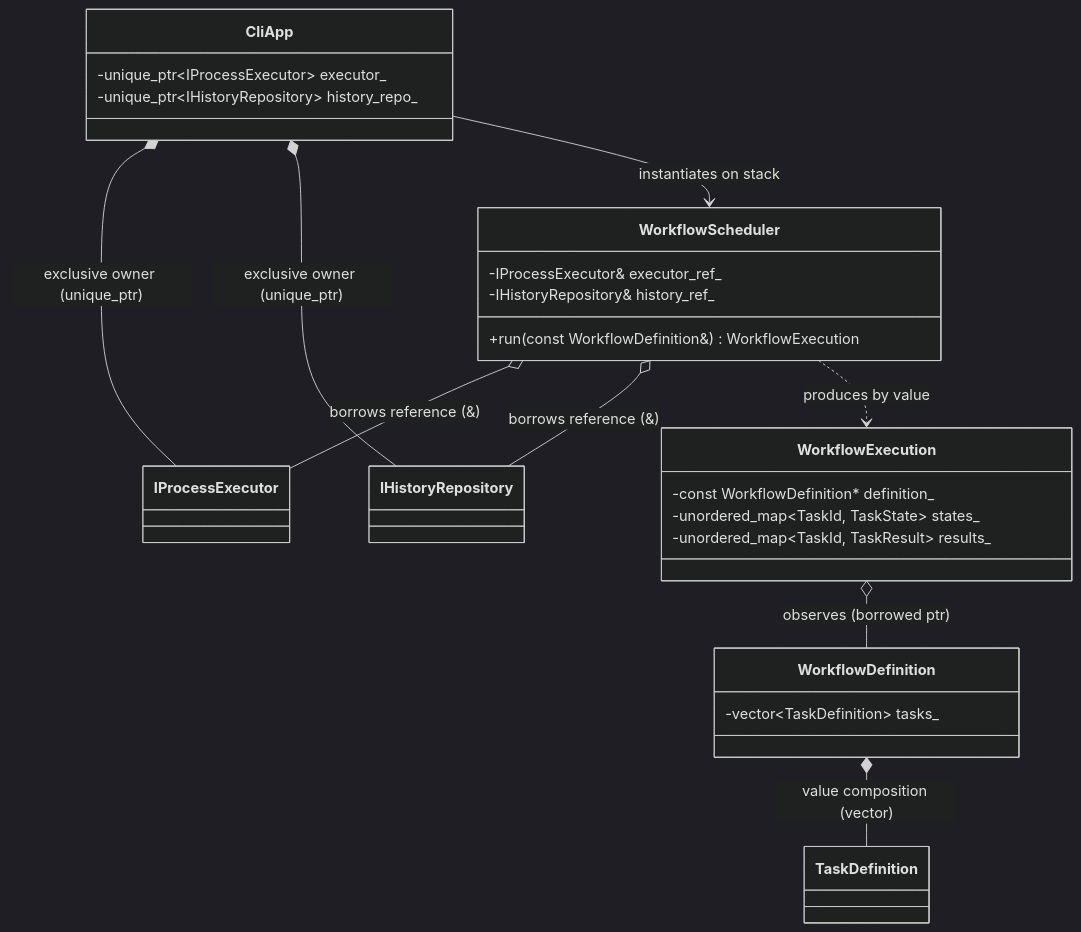
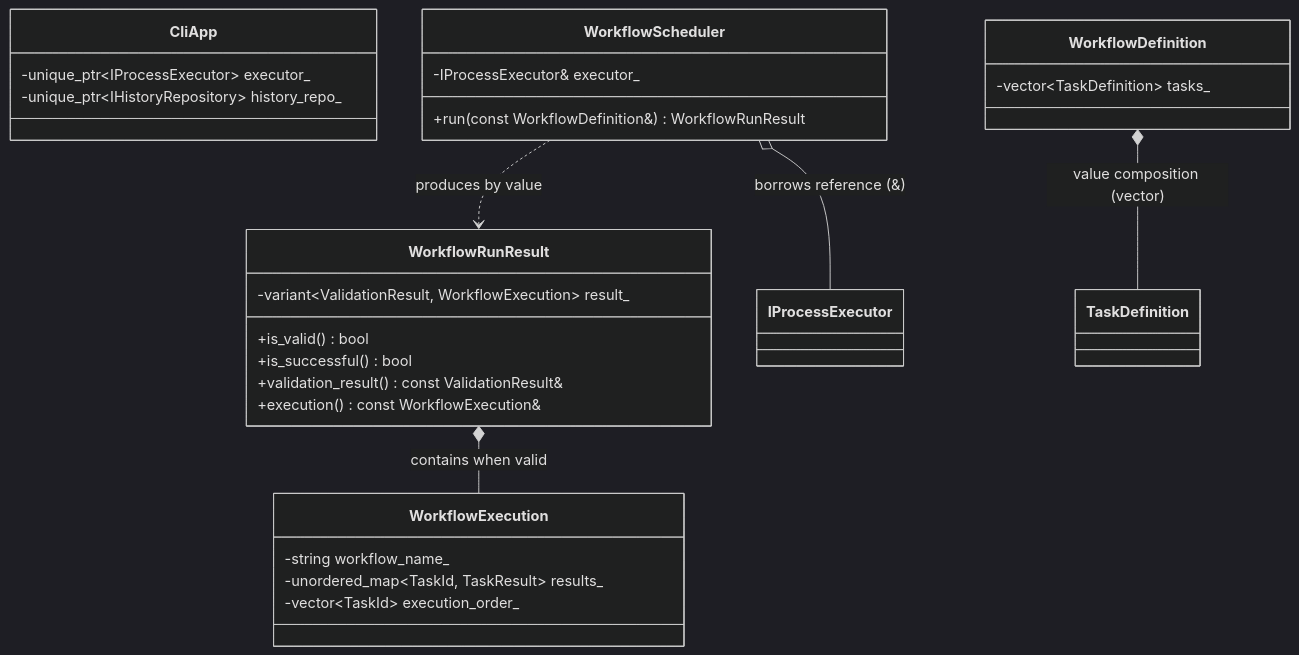
The third of 4 diagrams in docs/architecture.md (vishalpalepu/TaskForge), drawn with Mermaid (dark theme) before and after one commit. The commit also changed other lines of this file and 18 other files, not shown here.

Commit message:
feat(scheduler): implement sequential scheduling engine, process executor abstraction, and unit tests

````diff
--- a/docs/architecture.md
+++ b/docs/architecture.md
@@ -133,30 +133,32 @@
 ```mermaid
 classDiagram
     direction TB
     class CliApp {
         -unique_ptr~IProcessExecutor~ executor_
         -unique_ptr~IHistoryRepository~ history_repo_
     }
     class WorkflowScheduler {
-        -IProcessExecutor& executor_ref_
-        -IHistoryRepository& history_ref_
-        +run(const WorkflowDefinition&) WorkflowExecution
+        -IProcessExecutor& executor_
+        +run(const WorkflowDefinition&) WorkflowRunResult
+    }
+    class WorkflowRunResult {
+        -variant~ValidationResult, WorkflowExecution~ result_
+        +is_valid() bool
+        +is_successful() bool
+        +validation_result() const ValidationResult&
+        +execution() const WorkflowExecution&
     }
     class WorkflowExecution {
-        -const WorkflowDefinition* definition_
-        -unordered_map~TaskId, TaskState~ states_
+        -string workflow_name_
         -unordered_map~TaskId, TaskResult~ results_
+        -vector~TaskId~ execution_order_
     }
     class WorkflowDefinition {
         -vector~TaskDefinition~ tasks_
     }
 
-    CliApp *-- IProcessExecutor : exclusive owner (unique_ptr)
-    CliApp *-- IHistoryRepository : exclusive owner (unique_ptr)
-    CliApp --> WorkflowScheduler : instantiates on stack
     WorkflowScheduler o-- IProcessExecutor : borrows reference (&)
-    WorkflowScheduler o-- IHistoryRepository : borrows reference (&)
-    WorkflowScheduler ..> WorkflowExecution : produces by value
-    WorkflowExecution o-- WorkflowDefinition : observes (borrowed ptr)
+    WorkflowScheduler ..> WorkflowRunResult : produces by value
+    WorkflowRunResult *-- WorkflowExecution : contains when valid
     WorkflowDefinition *-- TaskDefinition : value composition (vector)
 ```
````
